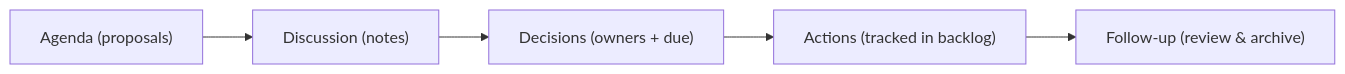
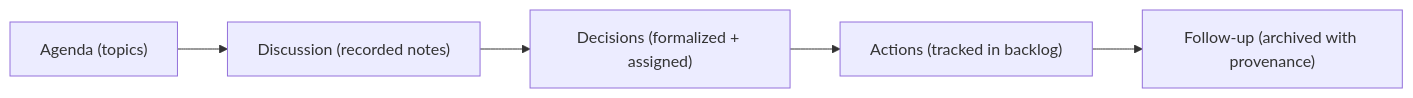
Before and after one commit to bartytime4life/Kansas-Frontier-Matrix: the diagram in docs/notes/meetings.md, drawn with Mermaid. The commit also changed other lines of this file, not shown here.

````diff
--- a/docs/notes/meetings.md
+++ b/docs/notes/meetings.md
@@ -272,7 +270,7 @@
 ```mermaid
 flowchart LR
-    A["Agenda (proposals)"] --> B["Discussion (notes)"]
-    B --> C["Decisions (owners + due)"]
+    A["Agenda (topics)"] --> B["Discussion (recorded notes)"]
+    B --> C["Decisions (formalized + assigned)"]
     C --> D["Actions (tracked in backlog)"]
-    D --> E["Follow-up (review & archive)"]
+    D --> E["Follow-up (archived with provenance)"]
 ```
````
